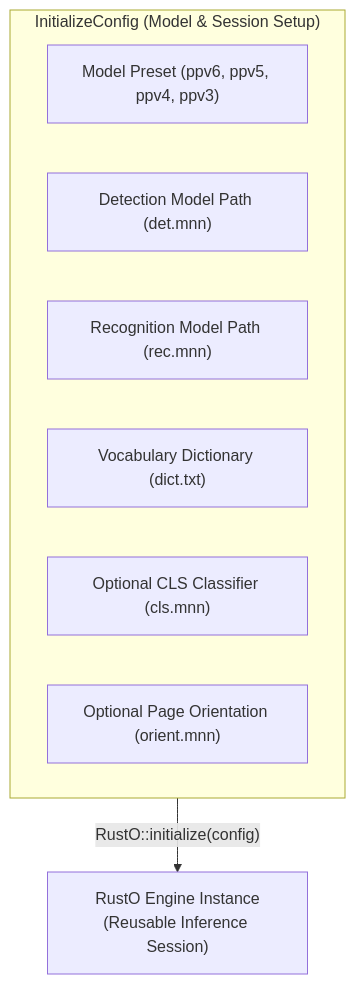
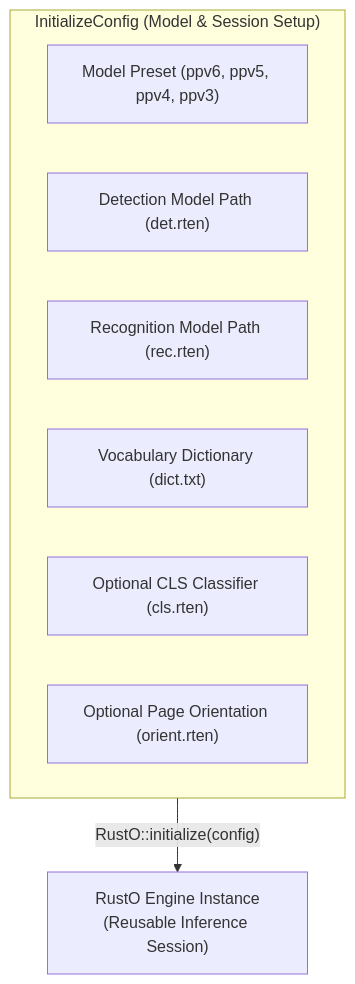
Before and after one commit to byrizki/rusto-rs: the diagram in docs/content/en/04.api-reference/01.initialize-config.md, drawn with Mermaid. The commit also changed other lines of this file and 51 other files, not shown here.

````diff
--- a/docs/content/en/04.api-reference/01.initialize-config.md
+++ b/docs/content/en/04.api-reference/01.initialize-config.md
@@ -15,13 +15,13 @@
 ```mermaid
 flowchart TD
     subgraph Config ["InitializeConfig (Model & Session Setup)"]
         P["Model Preset (ppv6, ppv5, ppv4, ppv3)"]
-        D["Detection Model Path (det.mnn)"]
-        R["Recognition Model Path (rec.mnn)"]
+        D["Detection Model Path (det.rten)"]
+        R["Recognition Model Path (rec.rten)"]
         V["Vocabulary Dictionary (dict.txt)"]
-        C["Optional CLS Classifier (cls.mnn)"]
-        O["Optional Page Orientation (orient.mnn)"]
+        C["Optional CLS Classifier (cls.rten)"]
+        O["Optional Page Orientation (orient.rten)"]
     end
 
     Config -->|"RustO::initialize(config)"| Engine["RustO Engine Instance<br/>(Reusable Inference Session)"]
 ```
````
